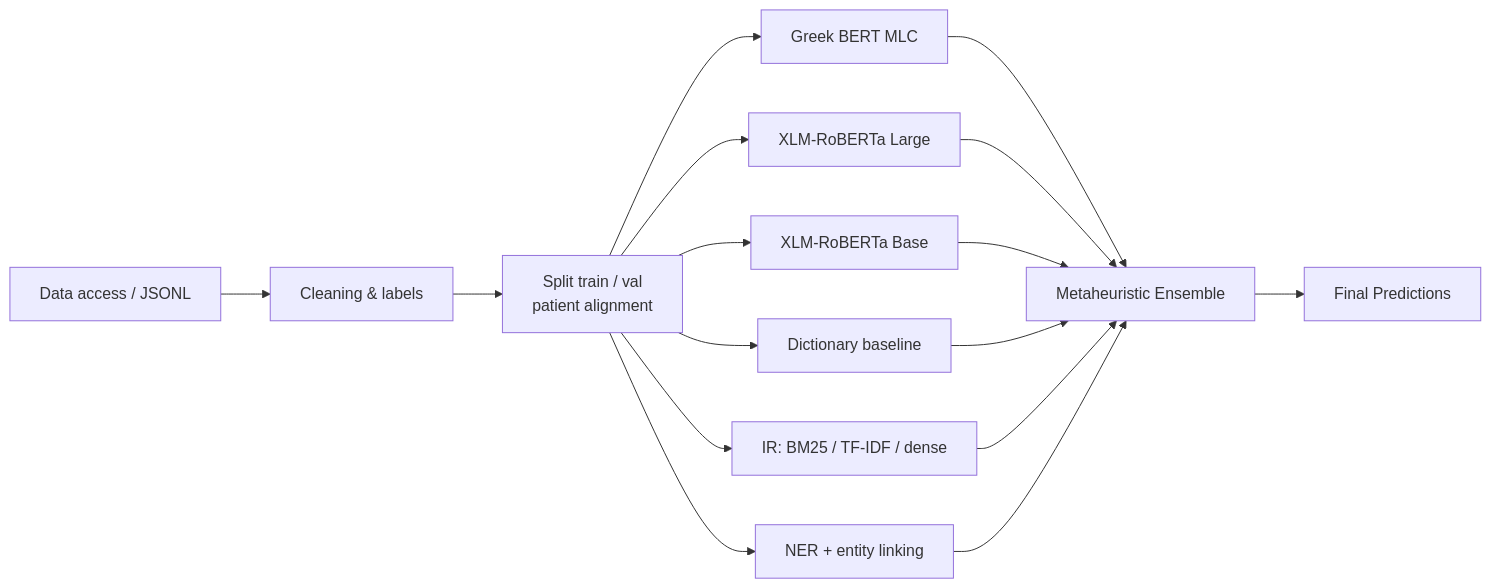
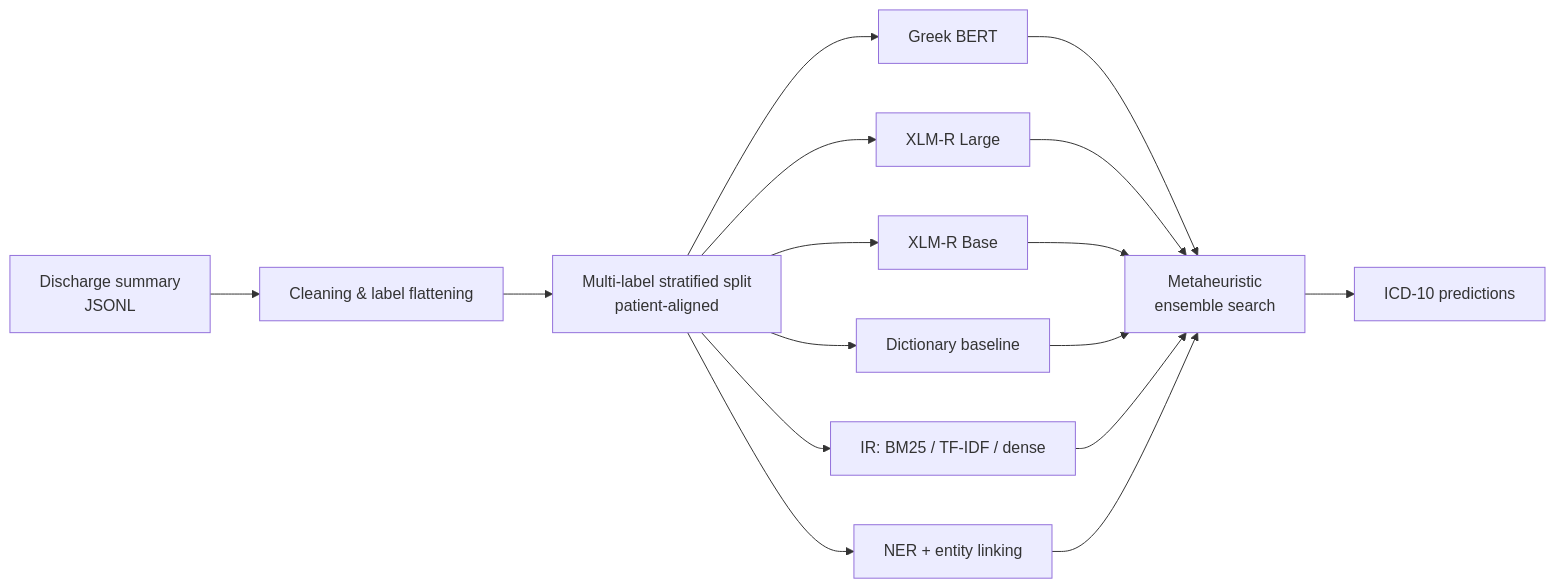
One commit to straf10/aida-elcardiocc-26 changed the diagram in README.md. Above: the diagram before and after it, drawn with Mermaid. The commit also changed other lines of this file and 2 other files, not shown here.

````diff
--- a/README.md
+++ b/README.md
@@ -23,18 +69,18 @@
 ```mermaid
 flowchart LR
-  A[Data access / JSONL] --> B[Cleaning & labels]
-  B --> C[Split train / val\npatient alignment]
-  C --> D1[Greek BERT MLC]
-  C --> D2[XLM-RoBERTa Large]
-  C --> D6[XLM-RoBERTa Base]
-  C --> D3[Dictionary baseline]
-  C --> D4[IR: BM25 / TF‑IDF / dense]
-  C --> D5[NER + entity linking]
-  D1 --> E[Metaheuristic Ensemble]
+  A[Discharge summary<br/>JSONL] --> B[Cleaning & label flattening]
+  B --> C[Multi-label stratified split<br/>patient-aligned]
+  C --> D1[Greek BERT]
+  C --> D2[XLM-R Large]
+  C --> D3[XLM-R Base]
+  C --> D4[Dictionary baseline]
+  C --> D5[IR: BM25 / TF-IDF / dense]
+  C --> D6[NER + entity linking]
+  D1 --> E[Metaheuristic<br/>ensemble search]
   D2 --> E
-  D6 --> E
   D3 --> E
   D4 --> E
   D5 --> E
-  E --> F[Final Predictions]
+  D6 --> E
+  E --> F[ICD-10 predictions]
 ```
````
